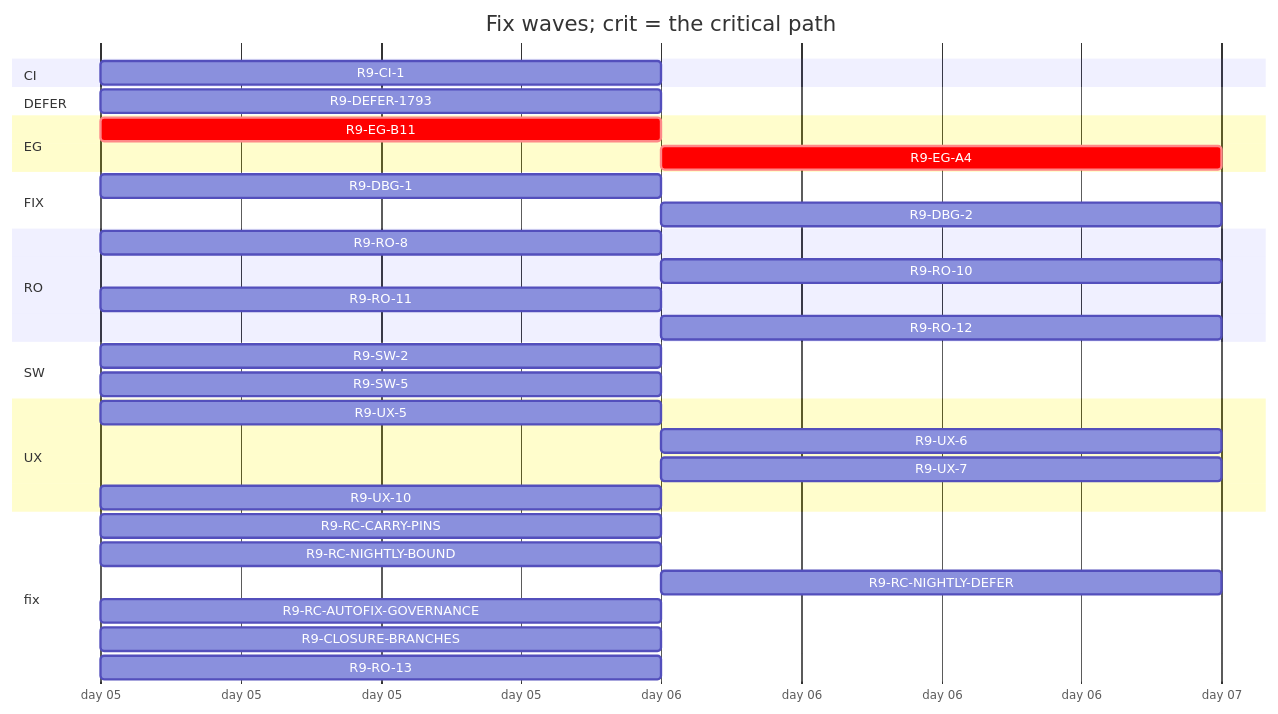
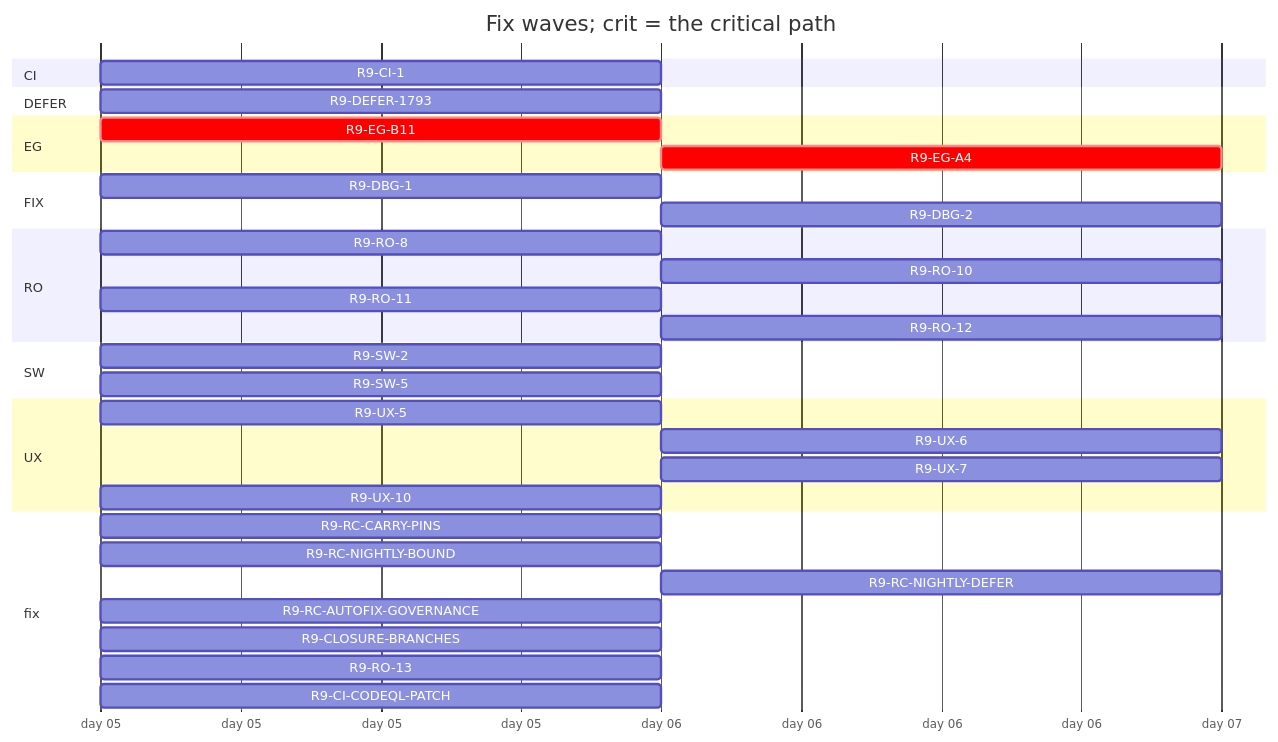
One commit to tvofi/heatpump_optimizer changed the diagram in handoff/round9/state/PLAN-TABLE.md. Above: the diagram before and after it, drawn with Mermaid. The commit also changed other lines of this file and 2 other files, not shown here.

````diff
--- a/handoff/round9/state/PLAN-TABLE.md
+++ b/handoff/round9/state/PLAN-TABLE.md
@@ -21,36 +21,37 @@
 ```mermaid
 gantt
   title Fix waves; crit = the critical path
   dateFormat YYYY-MM-DD
   axisFormat day %d
   section CI
     R9-CI-1 :r9CI1, 2026-01-05, 1d
   section DEFER
     R9-DEFER-1793 :r9DEFER1793, 2026-01-05, 1d
   section EG
     R9-EG-B11 :crit, r9EGB11, 2026-01-05, 1d
     R9-EG-A4 :crit, r9EGA4, after r9EGB11, 1d
   section FIX
     R9-DBG-1 :r9DBG1, 2026-01-05, 1d
     R9-DBG-2 :r9DBG2, after r9DBG1, 1d
   section RO
     R9-RO-8 :r9RO8, 2026-01-05, 1d
     R9-RO-10 :r9RO10, after r9RO8, 1d
     R9-RO-11 :r9RO11, 2026-01-05, 1d
     R9-RO-12 :r9RO12, after r9CI1, 1d
   section SW
     R9-SW-2 :r9SW2, 2026-01-05, 1d
     R9-SW-5 :r9SW5, 2026-01-05, 1d
   section UX
     R9-UX-5 :r9UX5, 2026-01-05, 1d
     R9-UX-6 :r9UX6, after r9EGB11 r9UX5, 1d
     R9-UX-7 :r9UX7, after r9EGB11 r9UX5, 1d
     R9-UX-10 :r9UX10, 2026-01-05, 1d
   section fix
     R9-RC-CARRY-PINS :r9RCCARRYPINS, 2026-01-05, 1d
     R9-RC-NIGHTLY-BOUND :r9RCNIGHTLYBOUND, 2026-01-05, 1d
     R9-RC-NIGHTLY-DEFER :r9RCNIGHTLYDEFER, after r9RCNIGHTLYBOUND, 1d
     R9-RC-AUTOFIX-GOVERNANCE :r9RCAUTOFIXGOVERNANCE, 2026-01-05, 1d
     R9-CLOSURE-BRANCHES :r9CLOSUREBRANCHES, 2026-01-05, 1d
     R9-RO-13 :r9RO13, 2026-01-05, 1d
+    R9-CI-CODEQL-PATCH :r9CICODEQLPATCH, 2026-01-05, 1d
 ```
````
